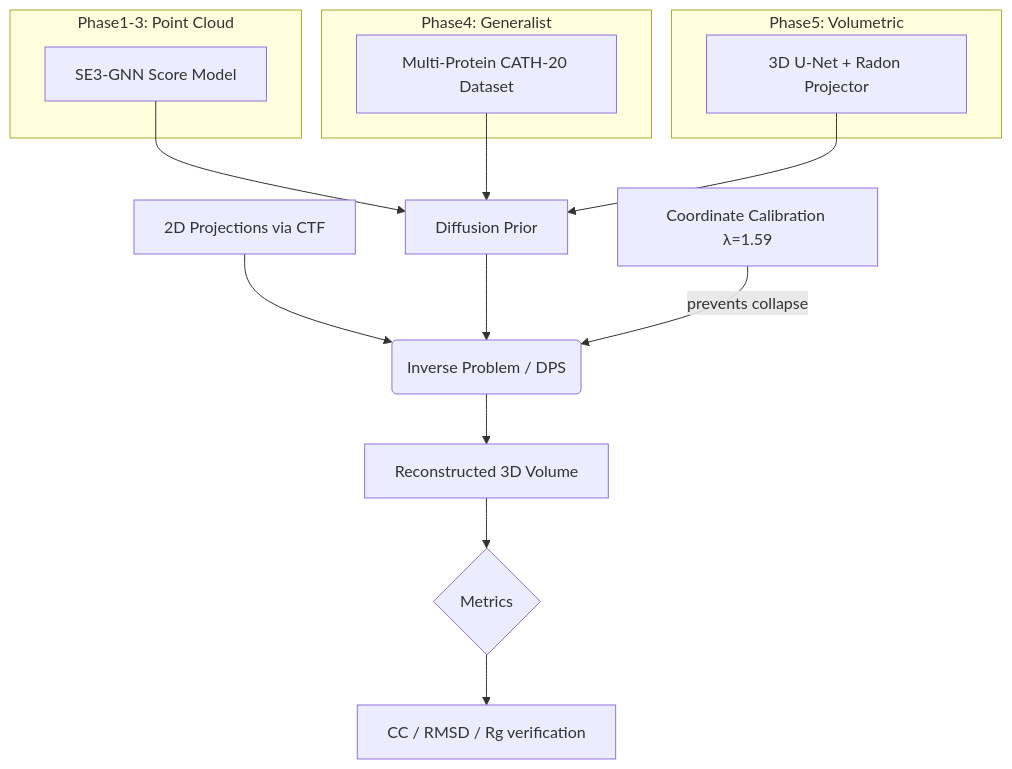
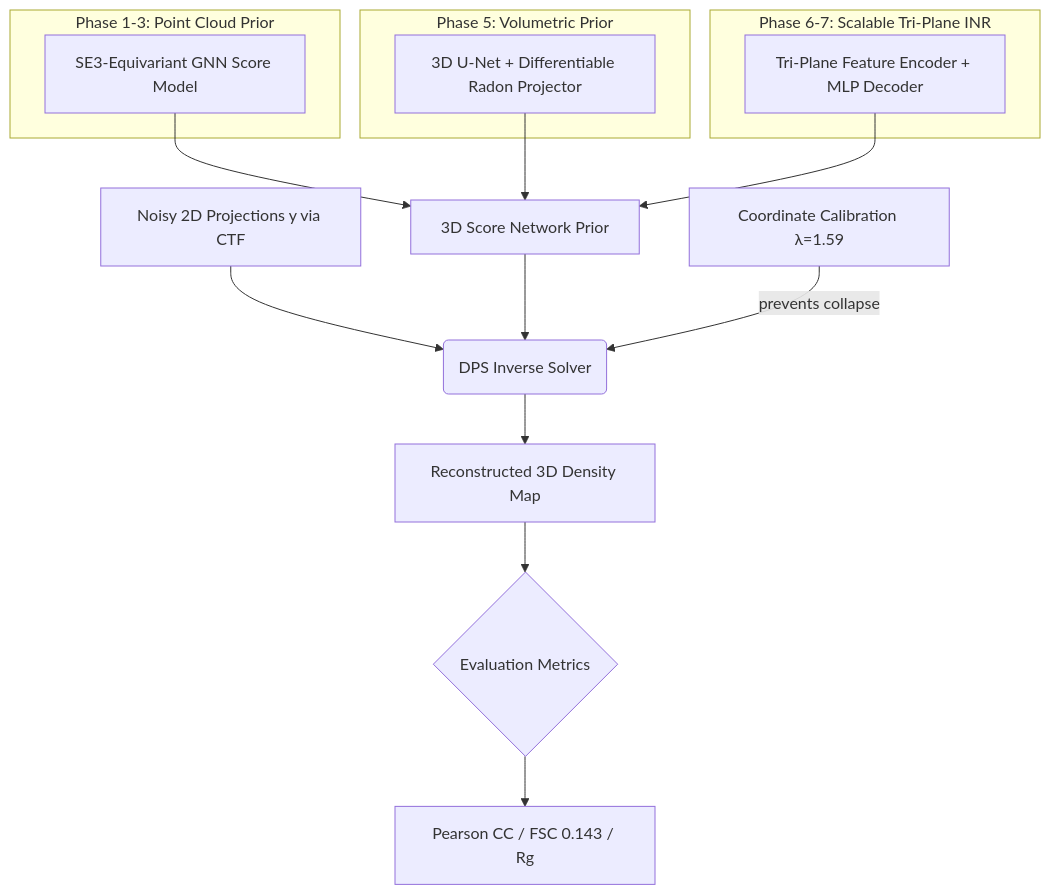
One commit to QntmSeer/FrostByte changed the diagram in README.md. Above: the diagram before and after it, drawn with Mermaid. The commit also changed other lines of this file, not shown here.

````diff
--- a/README.md
+++ b/README.md
@@ -28,23 +28,23 @@
 ```mermaid
 graph TD;
-    A[2D Projections via CTF] --> B(Inverse Problem / DPS);
-    C[Diffusion Prior] --> B;
+    A[Noisy 2D Projections y via CTF] --> B(DPS Inverse Solver);
+    C[3D Score Network Prior] --> B;
     D[Coordinate Calibration λ=1.59] -->|prevents collapse| B;
-    B --> E[Reconstructed 3D Volume];
-    E --> F{Metrics};
-    F --> G[CC / RMSD / Rg verification];
+    B --> E[Reconstructed 3D Density Map];
+    E --> F{Evaluation Metrics};
+    F --> G[Pearson CC / FSC 0.143 / Rg];
 
-    subgraph Phase1-3: Point Cloud
-        H[SE3-GNN Score Model]
+    subgraph Phase 1-3: Point Cloud Prior
+        H[SE3-Equivariant GNN Score Model]
     end
-    subgraph Phase4: Generalist
-        I[Multi-Protein CATH-20 Dataset]
+    subgraph Phase 5: Volumetric Prior
+        J[3D U-Net + Differentiable Radon Projector]
     end
-    subgraph Phase5: Volumetric
-        J[3D U-Net + Radon Projector]
+    subgraph Phase 6-7: Scalable Tri-Plane INR
+        K[Tri-Plane Feature Encoder + MLP Decoder]
     end
 
     H --> C
-    I --> C
     J --> C
+    K --> C
 ```
````
